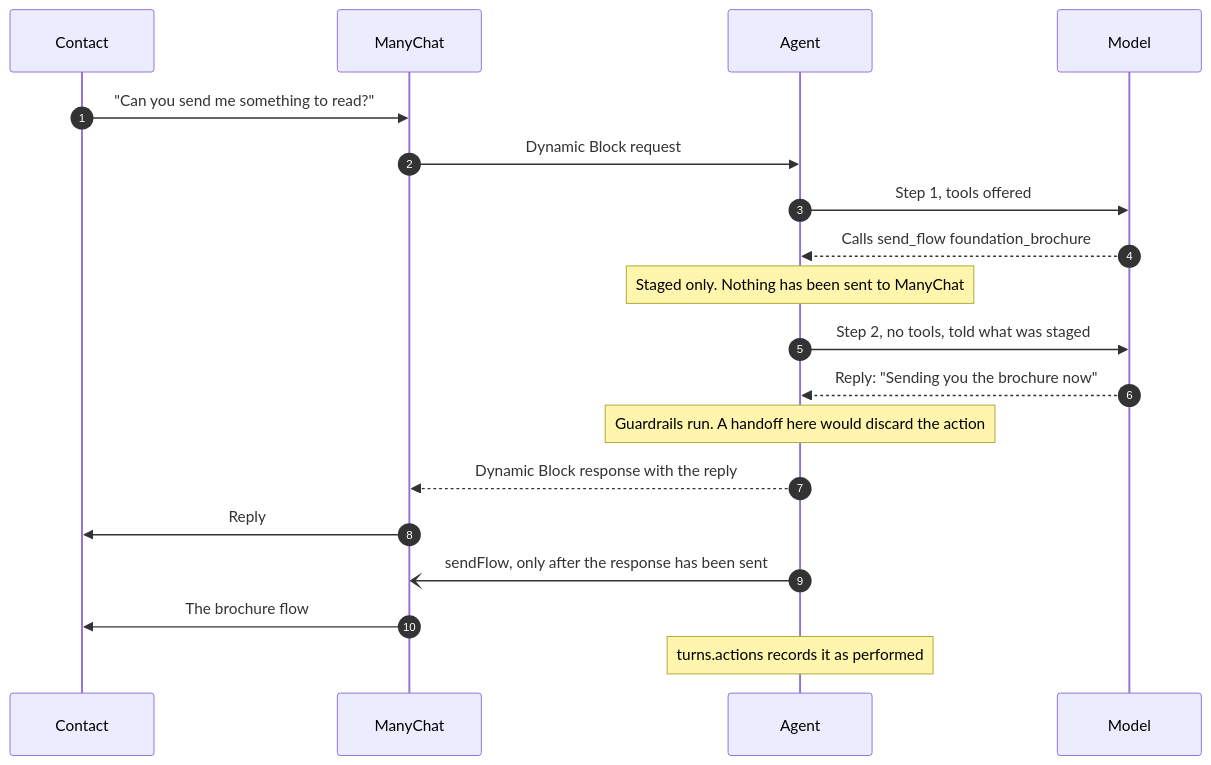
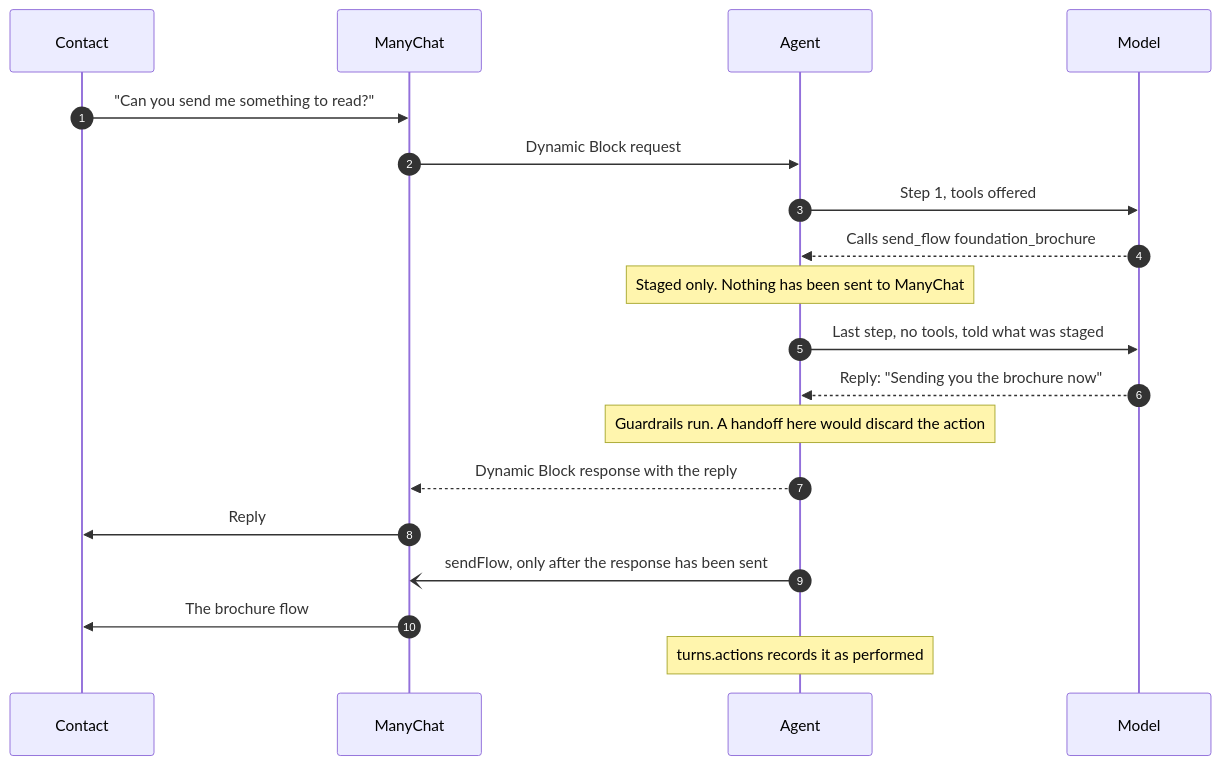
The second of 3 diagrams in README.md (pedronastasi/manychat-ai-agent), drawn with Mermaid before and after one commit. The commit also changed other lines of this file and 1 other file, not shown here.

````diff
--- a/README.md
+++ b/README.md
@@ -447,22 +449,22 @@
 ```mermaid
 sequenceDiagram
     autonumber
     participant C as Contact
     participant M as ManyChat
     participant A as Agent
     participant L as Model
 
     C->>M: "Can you send me something to read?"
     M->>A: Dynamic Block request
     A->>L: Step 1, tools offered
     L-->>A: Calls send_flow foundation_brochure
     Note over A: Staged only. Nothing has been sent to ManyChat
-    A->>L: Step 2, no tools, told what was staged
+    A->>L: Last step, no tools, told what was staged
     L-->>A: Reply: "Sending you the brochure now"
     Note over A: Guardrails run. A handoff here would discard the action
     A-->>M: Dynamic Block response with the reply
     M->>C: Reply
     A-)M: sendFlow, only after the response has been sent
     M->>C: The brochure flow
     Note over A: turns.actions records it as performed
 ```
````
